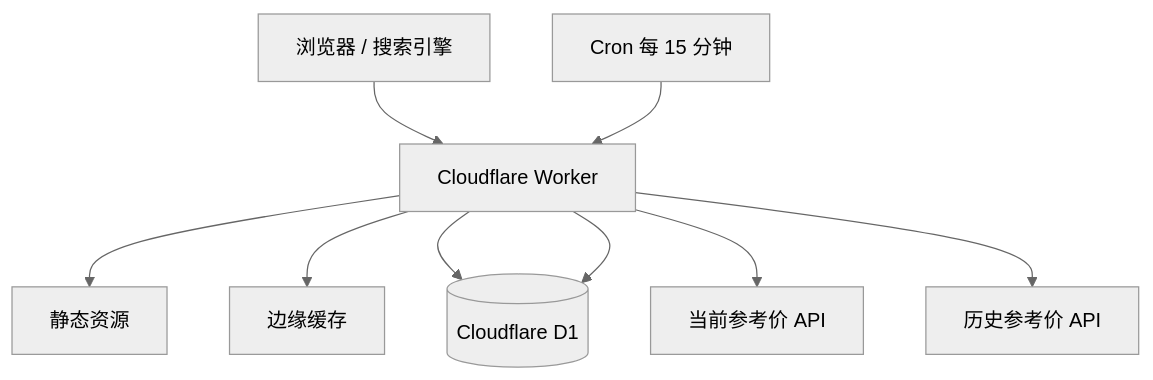
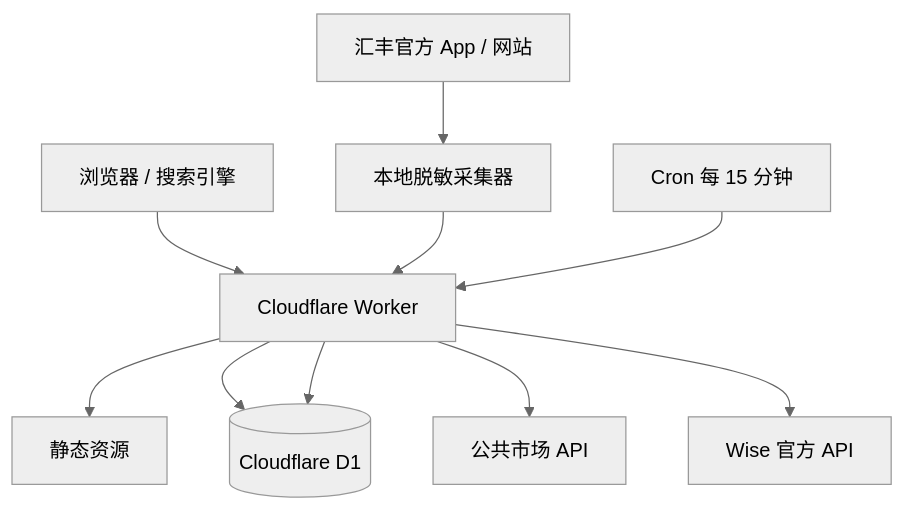
Before and after one commit to wxywizard/FXPulse: the diagram in docs/ARCHITECTURE.md, drawn with Mermaid (neutral theme). The commit also changed other lines of this file and 11 other files, not shown here.

````diff
--- a/docs/ARCHITECTURE.md
+++ b/docs/ARCHITECTURE.md
@@ -7,11 +7,12 @@
 ```mermaid
 flowchart TD
     U[浏览器 / 搜索引擎] --> W[Cloudflare Worker]
     W --> A[静态资源]
-    W --> C[边缘缓存]
     W --> D[(Cloudflare D1)]
-    W --> L[当前参考价 API]
-    W --> H[历史参考价 API]
+    W --> M[公共市场 API]
+    W --> X[Wise 官方 API]
+    I[本地脱敏采集器] --> W
+    B[汇丰官方 App / 网站] --> I
     T[Cron 每 15 分钟] --> W
     W --> D
 ```
````
